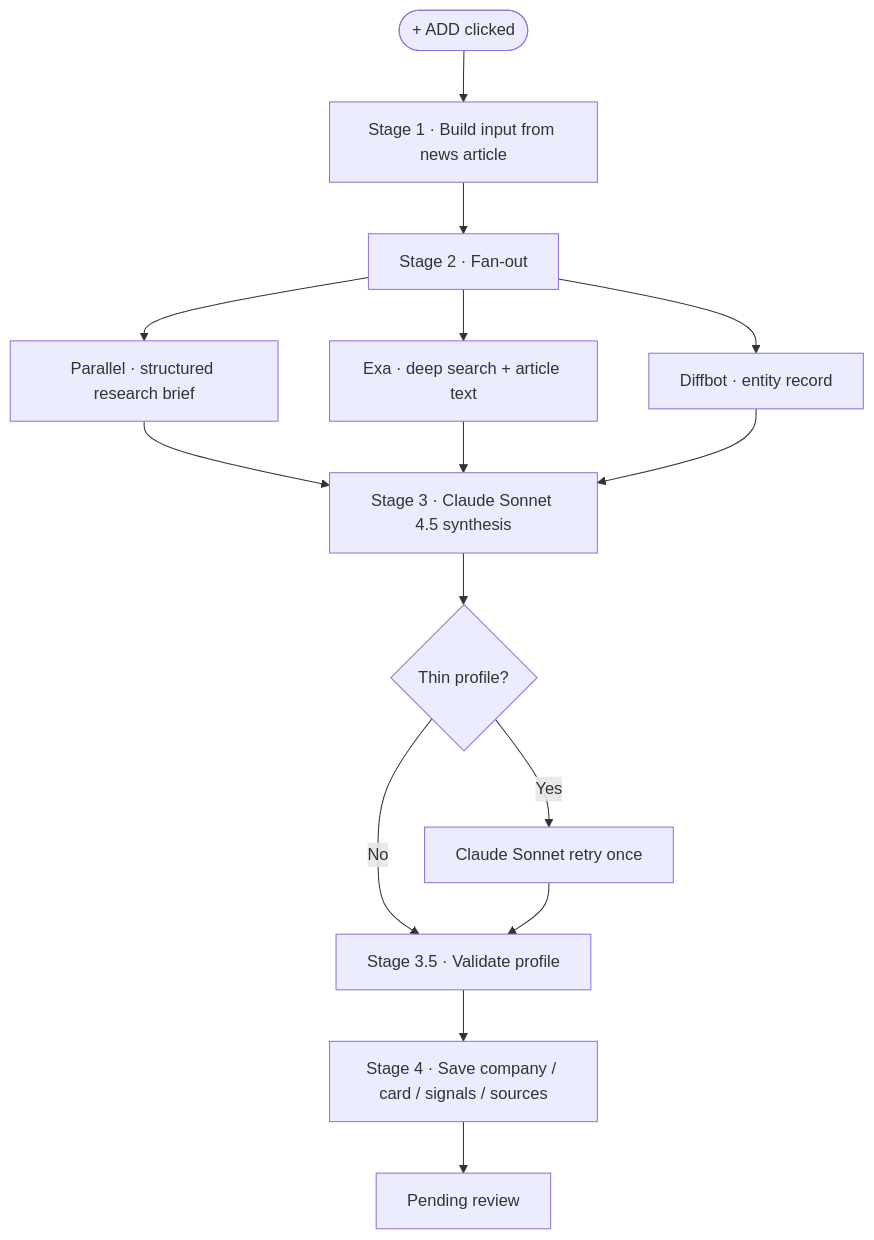
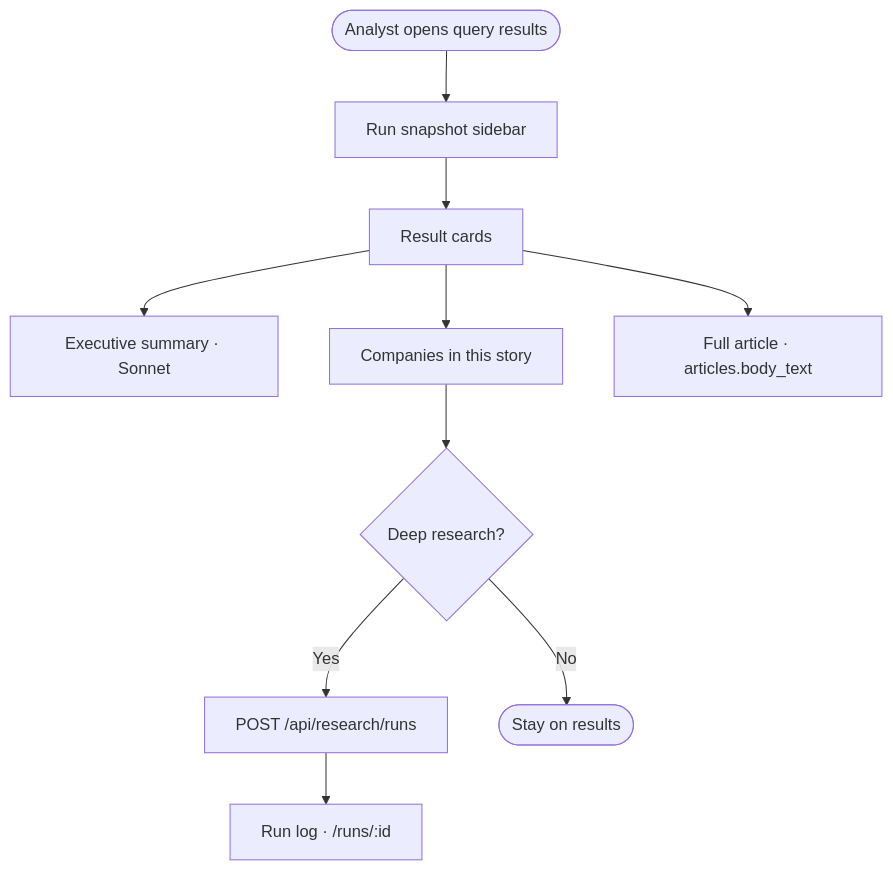
Before and after one commit to Growth-Maschine/NORAD-INTEL-ENGINE-V1: the first of 5 diagrams in docs/phase-1/P1-01-user.md, drawn with Mermaid. The commit also changed other lines of this file and 12 other files, not shown here.

Commit message:
docs(phase-1): align P1-00 through P1-06 with current single-app build Update workflows, objects, fields, screens, and backend actions to match Web Discovery enrich, Deep research, and retired Today page features.

````diff
--- a/docs/phase-1/P1-01-user.md
+++ b/docs/phase-1/P1-01-user.md
@@ -284,17 +139,14 @@
 ```mermaid
 flowchart TD
-    ADD([+ ADD clicked]) --> S1[Stage 1 · Build input from news article]
-    S1 --> S2[Stage 2 · Fan-out]
-    S2 --> P[Parallel · structured research brief]
-    S2 --> E[Exa · deep search + article text]
-    S2 --> D[Diffbot · entity record]
-    P --> S3[Stage 3 · Claude Sonnet 4.5 synthesis]
-    E --> S3
-    D --> S3
-    S3 --> RETRY{Thin profile?}
-    RETRY -->|Yes| S3R[Claude Sonnet retry once]
-    RETRY -->|No| S35[Stage 3.5 · Validate profile]
-    S3R --> S35
-    S35 --> S4[Stage 4 · Save company / card / signals / sources]
-    S4 --> PENDING[Pending review]
+    START([Analyst opens query results]) --> SNAP[Run snapshot sidebar]
+    SNAP --> CARDS[Result cards]
+
+    CARDS --> SUM[Executive summary · Sonnet]
+    CARDS --> CO[Companies in this story]
+    CARDS --> BODY[Full article · articles.body_text]
+
+    CO --> DR{Deep research?}
+    DR -->|Yes| API[POST /api/research/runs]
+    DR -->|No| DONE([Stay on results])
+    API --> RUNLOG[Run log · /runs/:id]
 ```
````
